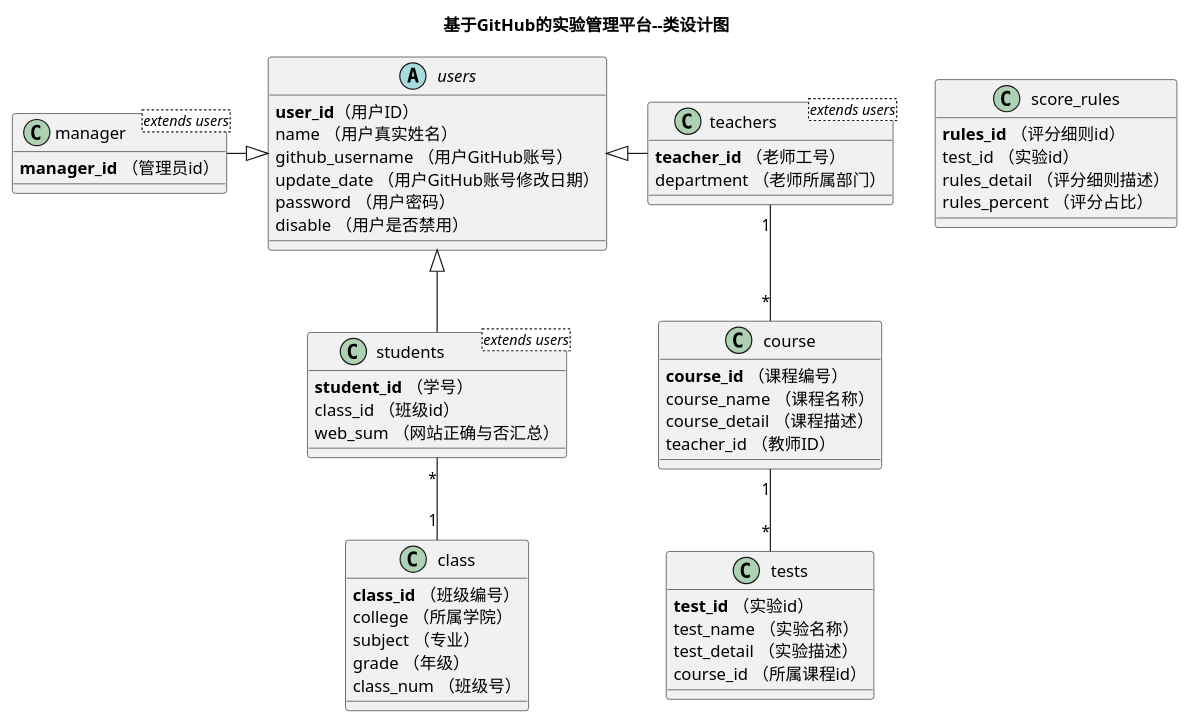
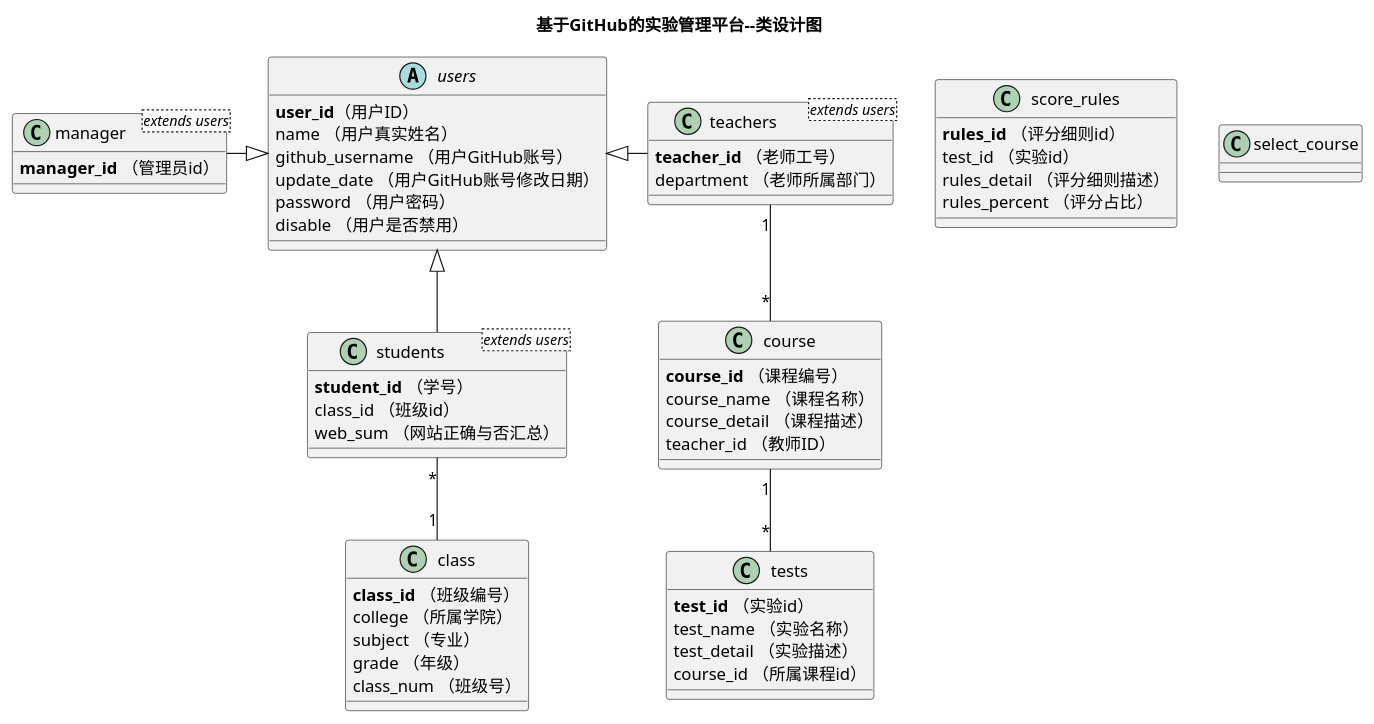
The diagram in test6/puml/SystemClass.puml (YYttaa/is_analysis-2), drawn with PlantUML before and after one commit.

Commit message:
实验五

```diff
--- a/test6/puml/SystemClass.puml
+++ b/test6/puml/SystemClass.puml
@@ -1,63 +1,67 @@
 @startuml
 title 基于GitHub的实验管理平台--类设计图
 abstract class users{
     <b>user_id</b>（用户ID）
     name （用户真实姓名）
     github_username （用户GitHub账号）
     update_date （用户GitHub账号修改日期）
     password （用户密码）
     disable （用户是否禁用）
  }
 
  class students<extends users>{
     <b>student_id</b> （学号）
     class_id （班级id）
     web_sum （网站正确与否汇总）
  }
 
  class teachers<extends users>{
      <b>teacher_id</b> （老师工号）
      department （老师所属部门）
  }
 
  class class{
     <b>class_id</b> （班级编号）
     college （所属学院）
     subject （专业）
     grade （年级）
     class_num （班级号）
  }
 
  class manager<extends users>{
     <b>manager_id</b> （管理员id）
  }
 
 class course{
     <b>course_id</b> （课程编号）
     course_name （课程名称）
     course_detail （课程描述）
     teacher_id （教师ID）
 }
 
 class tests{
     <b>test_id</b> （实验id）
     test_name （实验名称）
     test_detail （实验描述）
     course_id （所属课程id）
 }
 
 class score_rules{
     <b>rules_id</b> （评分细则id）
     test_id （实验id）
     rules_detail （评分细则描述）
     rules_percent （评分占比）
 }
+
+class select_course{
+
+}
 users <|-down- students
 users <|-right- teachers
 users <|-left- manager
 students "*"--"1"class
 teachers "1"--"*" course
 course "1" --"*"tests
 
 
 @enduml
```
